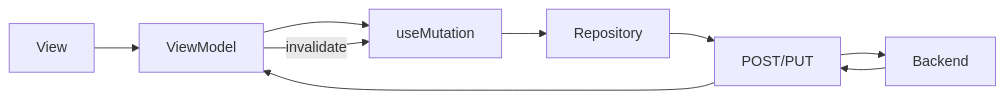
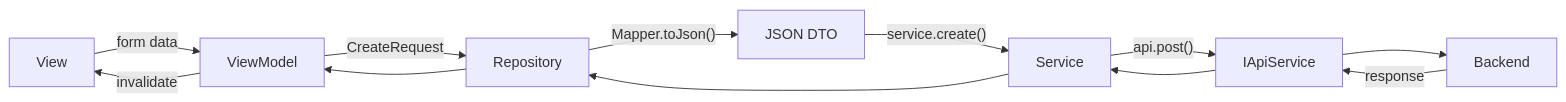
The third of 3 diagrams in .rules/architecture.md (SCRIPE-org/SCRIPE-Frontend), drawn with Mermaid before and after one commit. The commit also changed other lines of this file and 2 other files, not shown here.

Commit message:
docs: Add architectural guidelines for dependency injection patterns, layer boundaries, and overall application structure.

````diff
--- a/.rules/architecture.md
+++ b/.rules/architecture.md
@@ -269,11 +115,14 @@
 ```mermaid
 flowchart LR
-    V[View] --> VM[ViewModel]
-    VM --> TQ[useMutation]
-    TQ --> R[Repository]
-    R --> API[POST/PUT]
+    V[View] --> |form data| VM[ViewModel]
+    VM --> |CreateRequest| R[Repository]
+    R --> |"Mapper.toJson()"| JSON[JSON DTO]
+    JSON --> |"service.create()"| S[Service]
+    S --> |"api.post()"| API[IApiService]
     API --> BE[Backend]
-    BE --> API
-    API --> VM
-    VM --> |invalidate| TQ
+    BE --> |response| API
+    API --> S
+    S --> R
+    R --> VM
+    VM --> |invalidate| V
 ```
````
